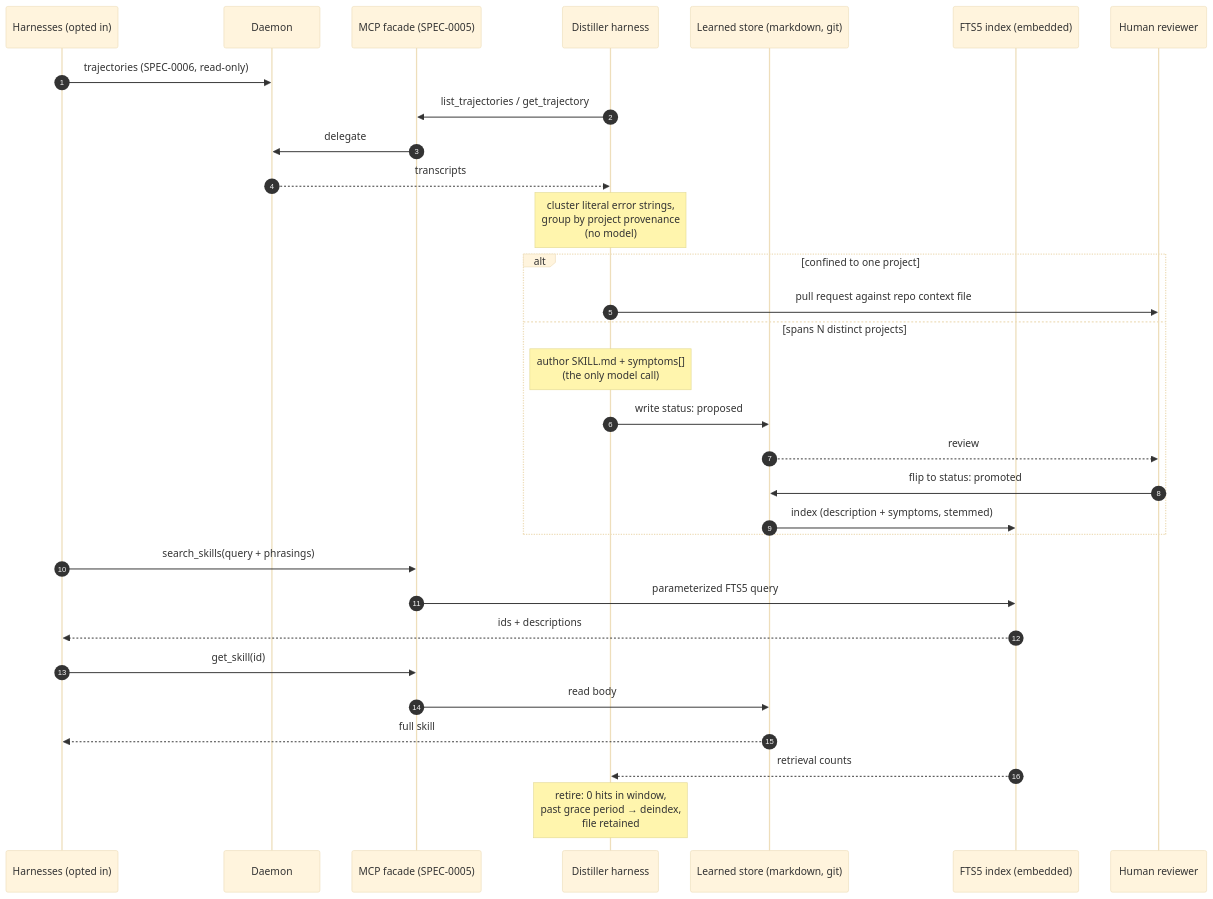
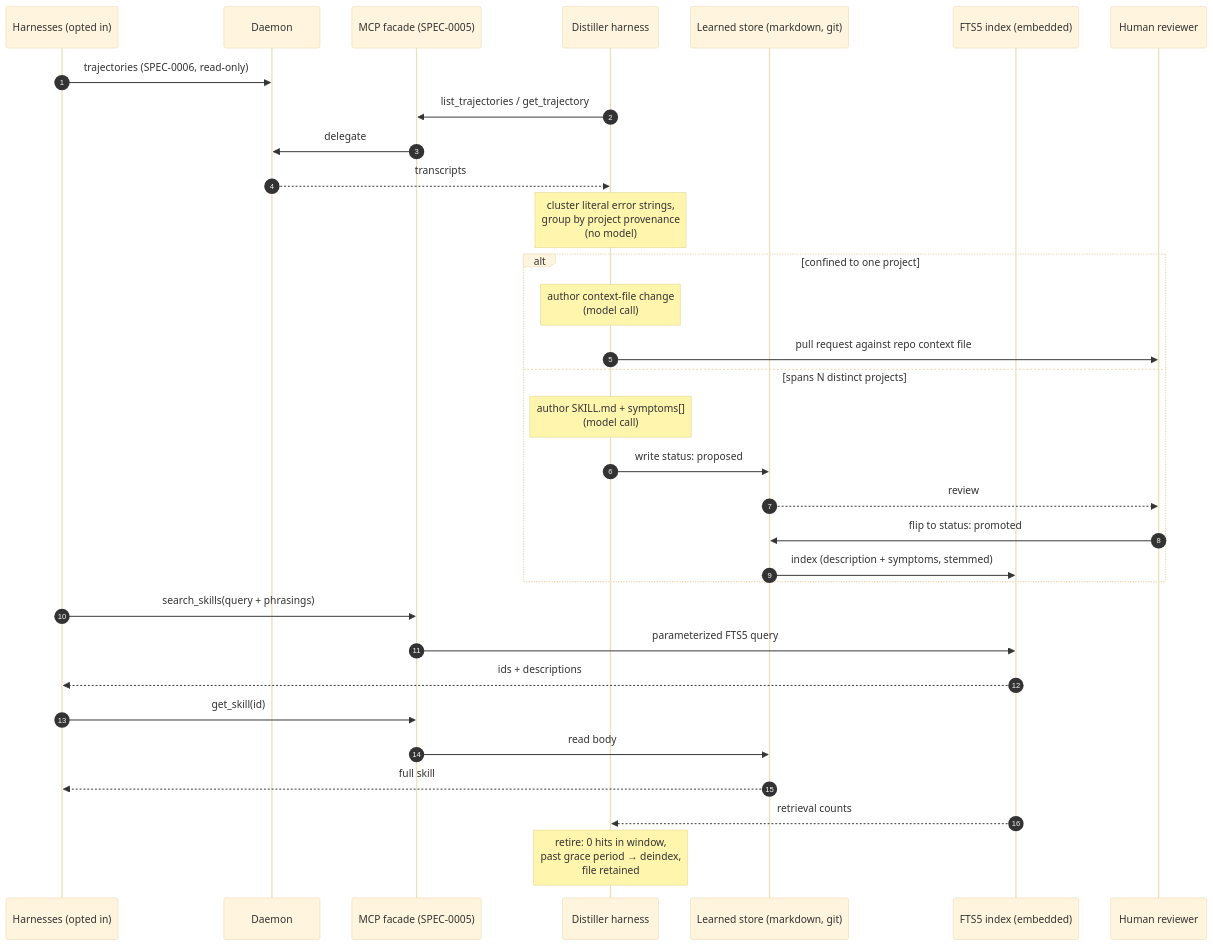
One commit to stump-wtf/harness changed the diagram in docs/openspec/specs/skill-distillation/design.md. Above: the diagram before and after it, drawn with Mermaid (base theme). The commit also changed other lines of this file and 2 other files, not shown here.

````diff
--- a/docs/openspec/specs/skill-distillation/design.md
+++ b/docs/openspec/specs/skill-distillation/design.md
@@ -156,38 +157,39 @@
 ```mermaid
 sequenceDiagram
     autonumber
     participant H as Harnesses (opted in)
     participant D as Daemon
     participant F as MCP facade (SPEC-0005)
     participant X as Distiller harness
     participant S as Learned store (markdown, git)
     participant I as FTS5 index (embedded)
     participant P as Human reviewer
 
     H->>D: trajectories (SPEC-0006, read-only)
     X->>F: list_trajectories / get_trajectory
     F->>D: delegate
     D-->>X: transcripts
 
     Note over X: cluster literal error strings,<br/>group by project provenance<br/>(no model)
 
     alt confined to one project
+        Note over X: author context-file change<br/>(model call)
         X->>P: pull request against repo context file
     else spans N distinct projects
-        Note over X: author SKILL.md + symptoms[]<br/>(the only model call)
+        Note over X: author SKILL.md + symptoms[]<br/>(model call)
         X->>S: write status: proposed
         S-->>P: review
         P->>S: flip to status: promoted
         S->>I: index (description + symptoms, stemmed)
     end
 
     H->>F: search_skills(query + phrasings)
     F->>I: parameterized FTS5 query
     I-->>H: ids + descriptions
     H->>F: get_skill(id)
     F->>S: read body
     S-->>H: full skill
 
     I-->>X: retrieval counts
     Note over X: retire: 0 hits in window,<br/>past grace period → deindex,<br/>file retained
 ```
````
